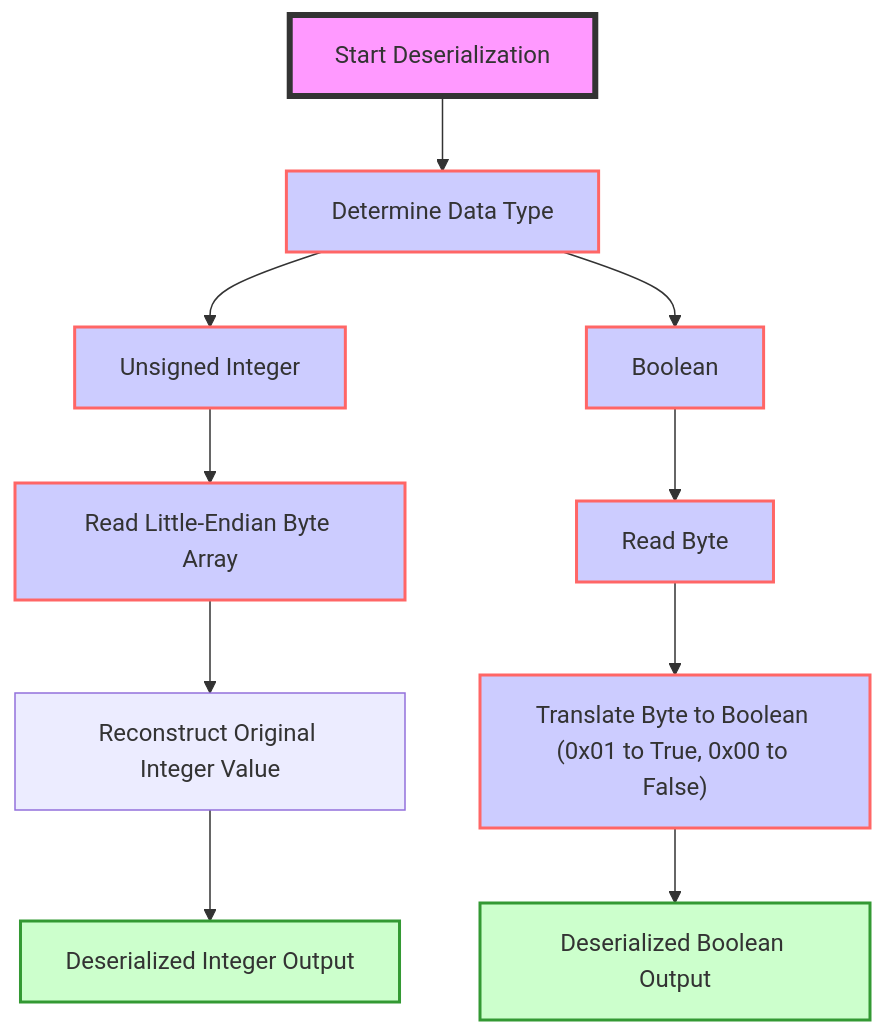
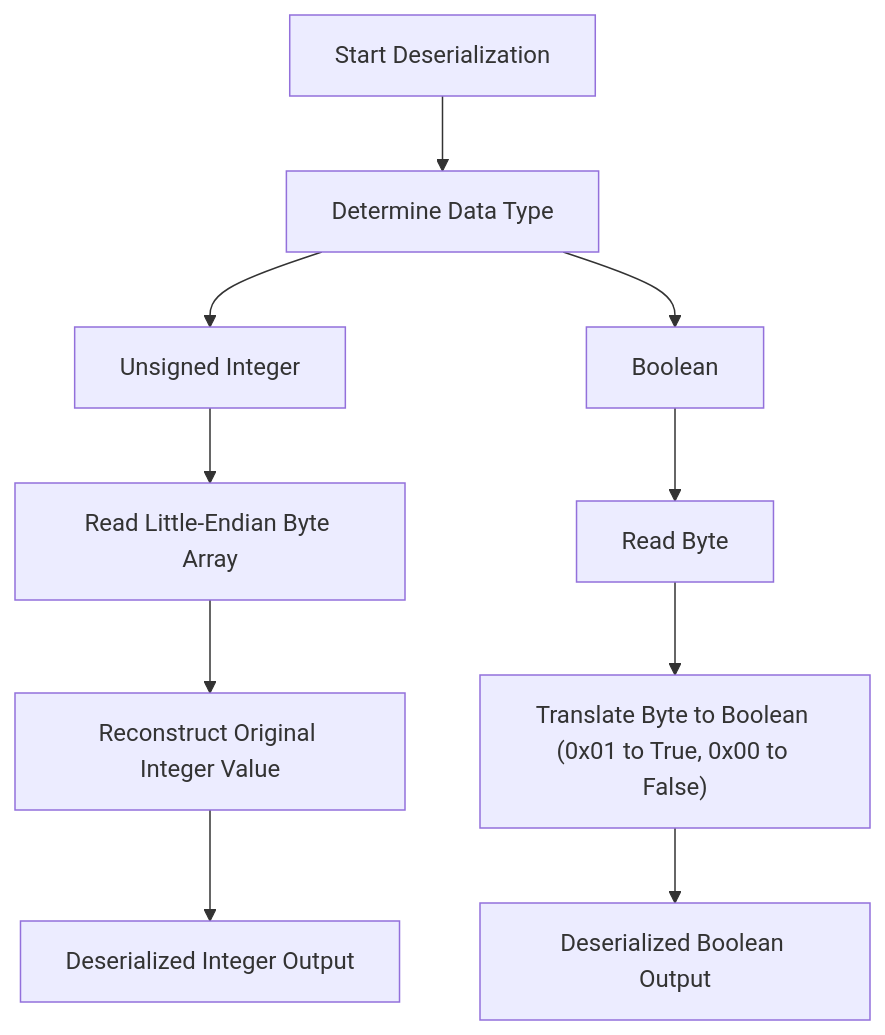
The second of 12 diagrams in docs/wiki/CL/SSZ.md (eth-protocol-fellows/protocol-studies), drawn with Mermaid before and after one commit. The commit also changed other lines of this file and 2 other files, not shown here.

````diff
--- a/docs/wiki/CL/SSZ.md
+++ b/docs/wiki/CL/SSZ.md
@@ -78,21 +72,15 @@
 ```mermaid
 flowchart TD
     A[Start Deserialization] --> B[Determine Data Type]
     B --> C[Unsigned Integer]
     B --> D[Boolean]
     
     C --> E[Read Little-Endian Byte Array]
     E --> F[Reconstruct Original Integer Value]
     F --> G[Deserialized Integer Output]
     
     D --> H[Read Byte]
     H --> I["Translate Byte to Boolean \n(0x01 to True, 0x00 to False)"]
     I --> J[Deserialized Boolean Output]
     
-    classDef startEnd fill:#f9f,stroke:#333,stroke-width:4px;
-    class A startEnd;
-    classDef process fill:#ccf,stroke:#f66,stroke-width:2px;
-    class B,C,D,E,H,I process;
-    classDef output fill:#cfc,stroke:#393,stroke-width:2px;
-    class G,J output;
 ```
````
